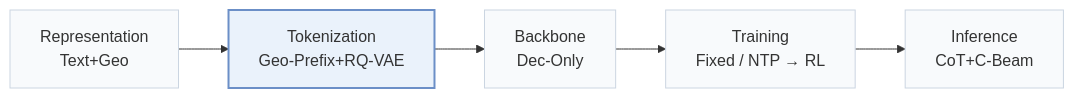
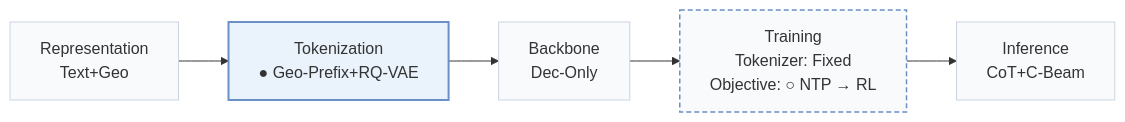
One commit to Galaxy-ghost/Awesome-SID-Generative-Rec changed the first of 4 diagrams in pages/papers/ros.md. Above: the diagram before and after it, drawn with Mermaid. The commit also changed other lines of this file and 558 other files, not shown here.

````diff
--- a/pages/papers/ros.md
+++ b/pages/papers/ros.md
@@ -15,8 +19,10 @@
 ```mermaid
 flowchart LR
-    R["Representation<br/>Text+Geo"] --> T["Tokenization<br/>Geo-Prefix+RQ-VAE"] --> B["Backbone<br/>Dec-Only"] --> TR["Training<br/>Fixed / NTP → RL"] --> I["Inference<br/>CoT+C-Beam"]
+    R["Representation<br/>Text+Geo"] --> T["Tokenization<br/>● Geo-Prefix+RQ-VAE"] --> B["Backbone<br/>Dec-Only"] --> TR["Training<br/>Tokenizer: Fixed<br/>Objective: ○ NTP → RL"] --> I["Inference<br/>CoT+C-Beam"]
     classDef base fill:#f8fafc,stroke:#cbd5e1
     class R,T,B,TR,I base
+    classDef other fill:#f8fafc,stroke:#6b8fc7,stroke-width:1.5px,stroke-dasharray:5 3
+    class TR other
     classDef main fill:#eaf2fb,stroke:#6b8fc7,stroke-width:2px
     class T main
 ```
````
